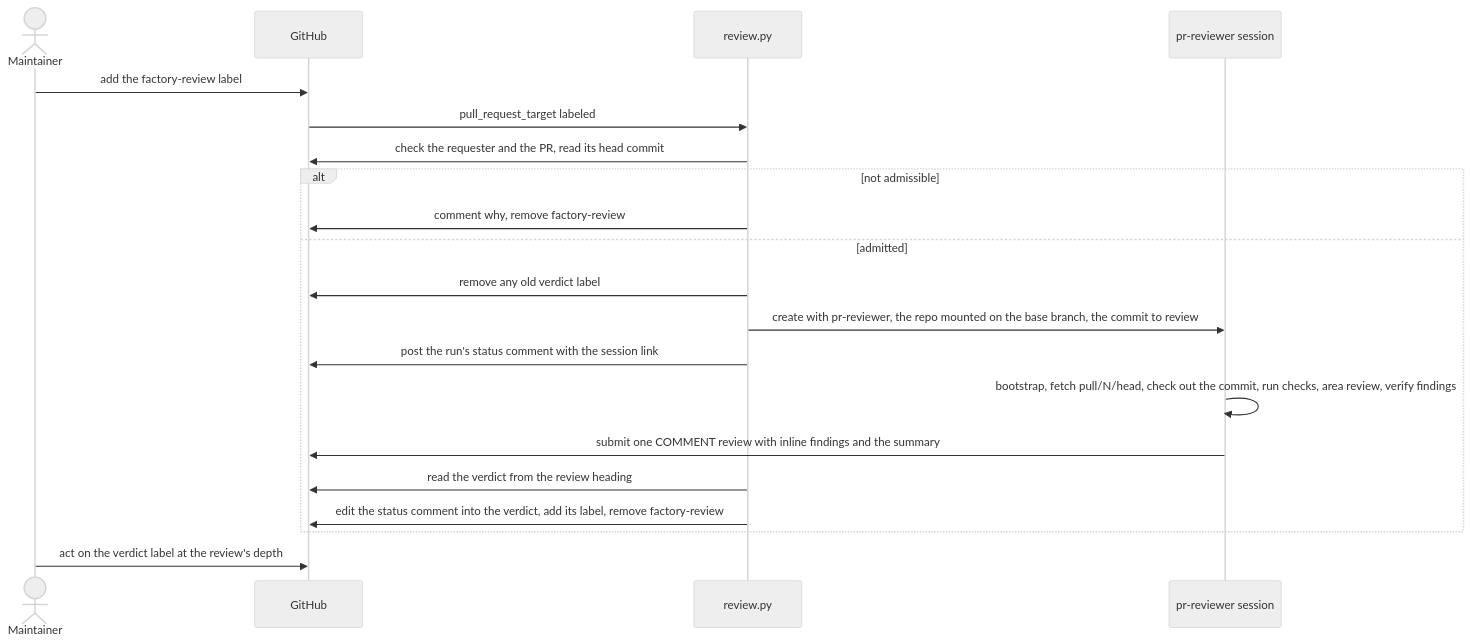
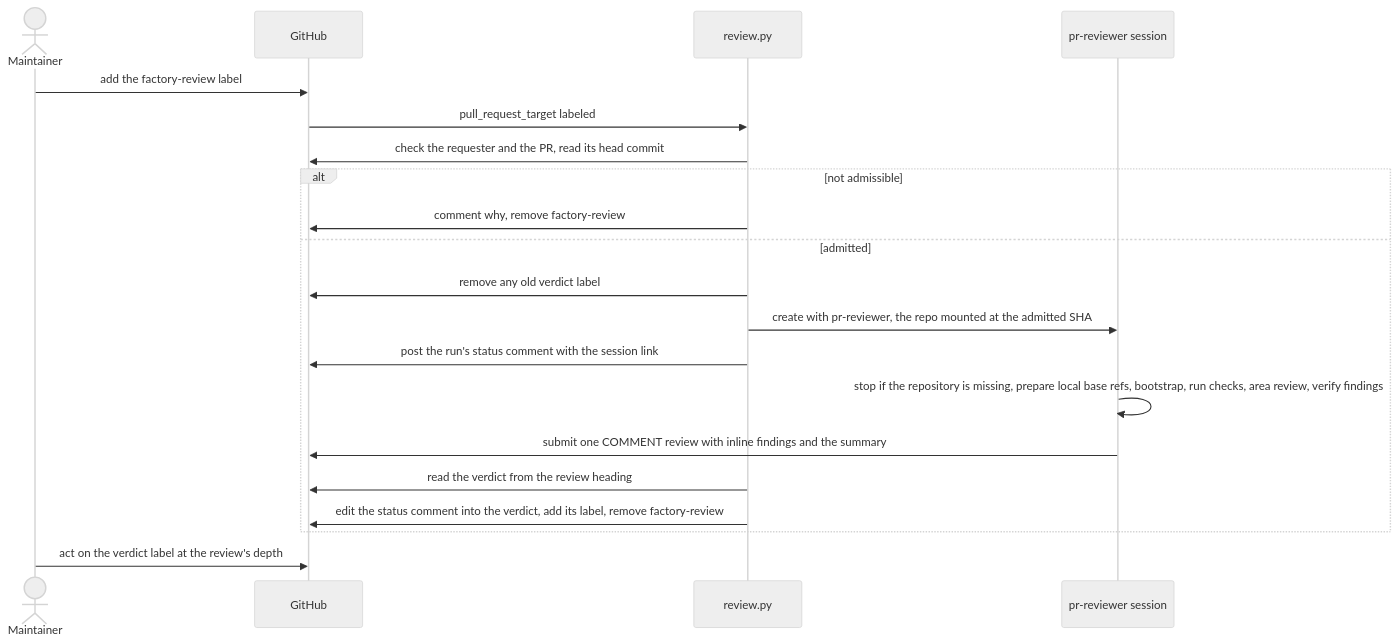
One commit to Arize-ai/phoenix changed the third of 5 diagrams in factory/README.md. Above: the diagram before and after it, drawn with Mermaid (neutral theme). The commit also changed other lines of this file and 24 other files, not shown here.

````diff
--- a/factory/README.md
+++ b/factory/README.md
@@ -180,23 +195,23 @@
 ```mermaid
 sequenceDiagram
   actor maintainer as Maintainer
   participant github as GitHub
   participant review as review.py
   participant session as pr-reviewer session
 
   maintainer->>github: add the factory-review label
   github->>review: pull_request_target labeled
   review->>github: check the requester and the PR, read its head commit
   alt not admissible
     review->>github: comment why, remove factory-review
   else admitted
     review->>github: remove any old verdict label
-    review->>session: create with pr-reviewer, the repo mounted on the base branch, the commit to review
+    review->>session: create with pr-reviewer, the repo mounted at the admitted SHA
     review->>github: post the run's status comment with the session link
-    session->>session: bootstrap, fetch pull/N/head, check out the commit, run checks, area review, verify findings
+    session->>session: stop if the repository is missing, prepare local base refs, bootstrap, run checks, area review, verify findings
     session->>github: submit one COMMENT review with inline findings and the summary
     review->>github: read the verdict from the review heading
     review->>github: edit the status comment into the verdict, add its label, remove factory-review
   end
   maintainer->>github: act on the verdict label at the review's depth
 ```
````
